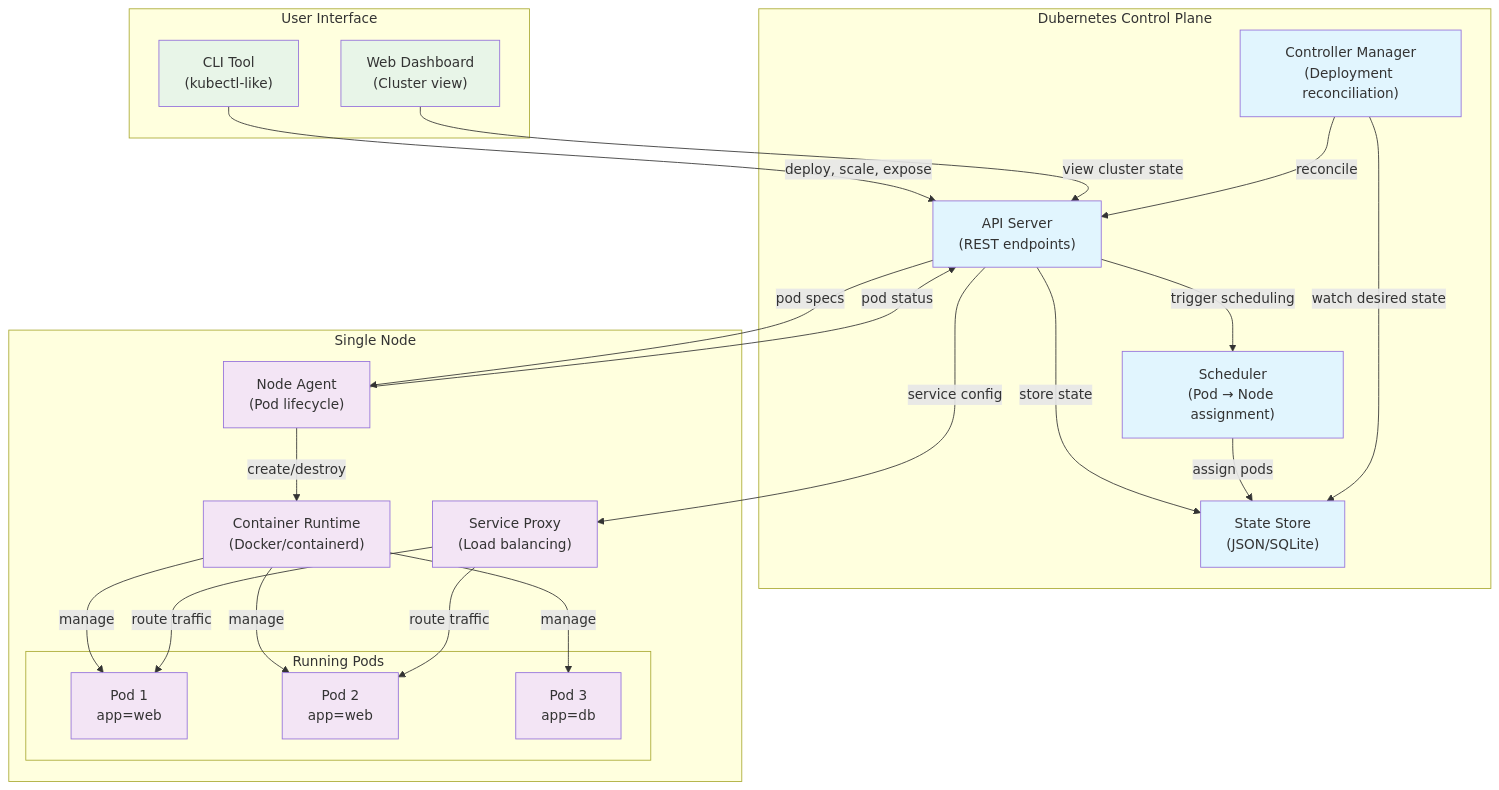
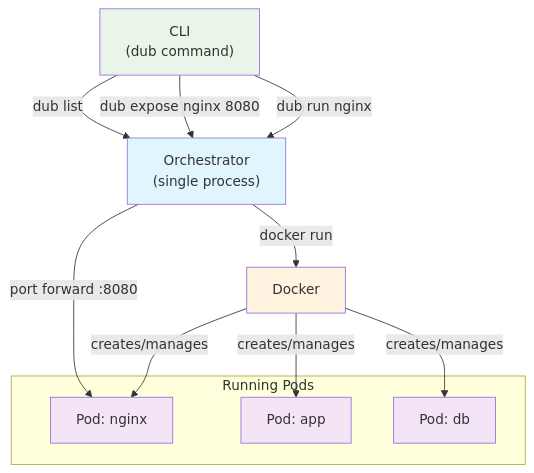
One commit to MansoorMajeed/Dubernetes changed the diagram in architecture.md. Above: the diagram before and after it, drawn with Mermaid. The commit also changed other lines of this file, not shown here.

````diff
--- a/architecture.md
+++ b/architecture.md
@@ -8,60 +8,31 @@
 ```mermaid
 graph TB
-    subgraph "Dubernetes Control Plane"
-        API["API Server<br/>(REST endpoints)"]
-        SCHED["Scheduler<br/>(Pod → Node assignment)"]
-        CTRL["Controller Manager<br/>(Deployment reconciliation)"]
-        STORE["State Store<br/>(JSON/SQLite)"]
+    CLI["CLI<br/>(dub command)"]
+    ORCH["Orchestrator<br/>(single process)"]
+    DOCKER["Docker"]
+    
+    subgraph "Running Pods"
+        POD1["Pod: nginx"]
+        POD2["Pod: app"]
+        POD3["Pod: db"]
     end
     
-    subgraph "Single Node"
-        KUBELET["Node Agent<br/>(Pod lifecycle)"]
-        DOCKER["Container Runtime<br/>(Docker/containerd)"]
-        PROXY["Service Proxy<br/>(Load balancing)"]
-        
-        subgraph "Running Pods"
-            POD1["Pod 1<br/>app=web"]
-            POD2["Pod 2<br/>app=web"]
-            POD3["Pod 3<br/>app=db"]
-        end
-    end
+    CLI -->|dub run nginx| ORCH
+    CLI -->|dub expose nginx 8080| ORCH
+    CLI -->|dub list| ORCH
+    ORCH -->|docker run| DOCKER
+    DOCKER -->|creates/manages| POD1
+    DOCKER -->|creates/manages| POD2
+    DOCKER -->|creates/manages| POD3
+    ORCH -->|port forward :8080| POD1
     
-    subgraph "User Interface"
-        CLI["CLI Tool<br/>(kubectl-like)"]
-        DASH["Web Dashboard<br/>(Cluster view)"]
-    end
+    classDef cli fill:#e8f5e8
+    classDef orchestrator fill:#e1f5fe
+    classDef runtime fill:#fff3e0
+    classDef pods fill:#f3e5f5
     
-    %% User interactions
-    CLI -->|deploy, scale, expose| API
-    DASH -->|view cluster state| API
-    
-    %% Control plane flow
-    API -->|store state| STORE
-    API -->|trigger scheduling| SCHED
-    SCHED -->|assign pods| STORE
-    CTRL -->|watch desired state| STORE
-    CTRL -->|reconcile| API
-    
-    %% Node operations
-    API -->|pod specs| KUBELET
-    KUBELET -->|create/destroy| DOCKER
-    DOCKER -->|manage| POD1
-    DOCKER -->|manage| POD2
-    DOCKER -->|manage| POD3
-    
-    %% Service networking
-    API -->|service config| PROXY
-    PROXY -->|route traffic| POD1
-    PROXY -->|route traffic| POD2
-    
-    %% Feedback loop
-    KUBELET -->|pod status| API
-    
-    classDef controlPlane fill:#e1f5fe
-    classDef node fill:#f3e5f5
-    classDef ui fill:#e8f5e8
-    
-    class API,SCHED,CTRL,STORE controlPlane
-    class KUBELET,DOCKER,PROXY,POD1,POD2,POD3 node
-    class CLI,DASH ui
+    class CLI cli
+    class ORCH orchestrator
+    class DOCKER runtime
+    class POD1,POD2,POD3 pods
 ```
````
